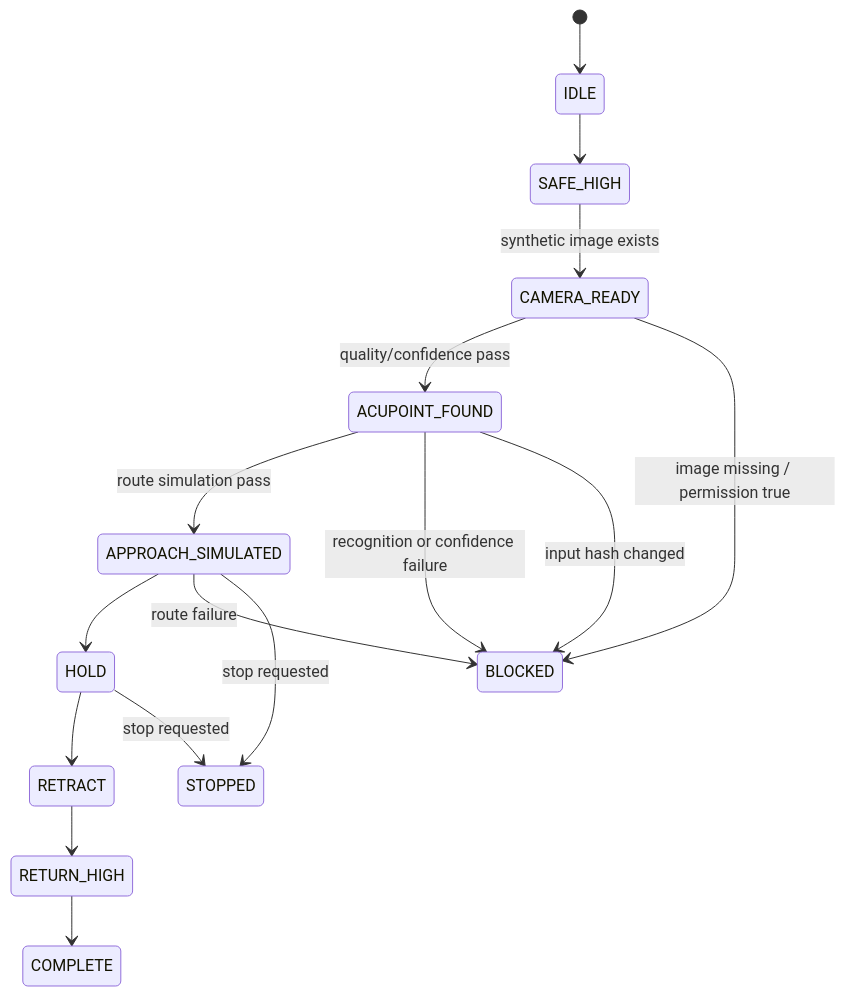
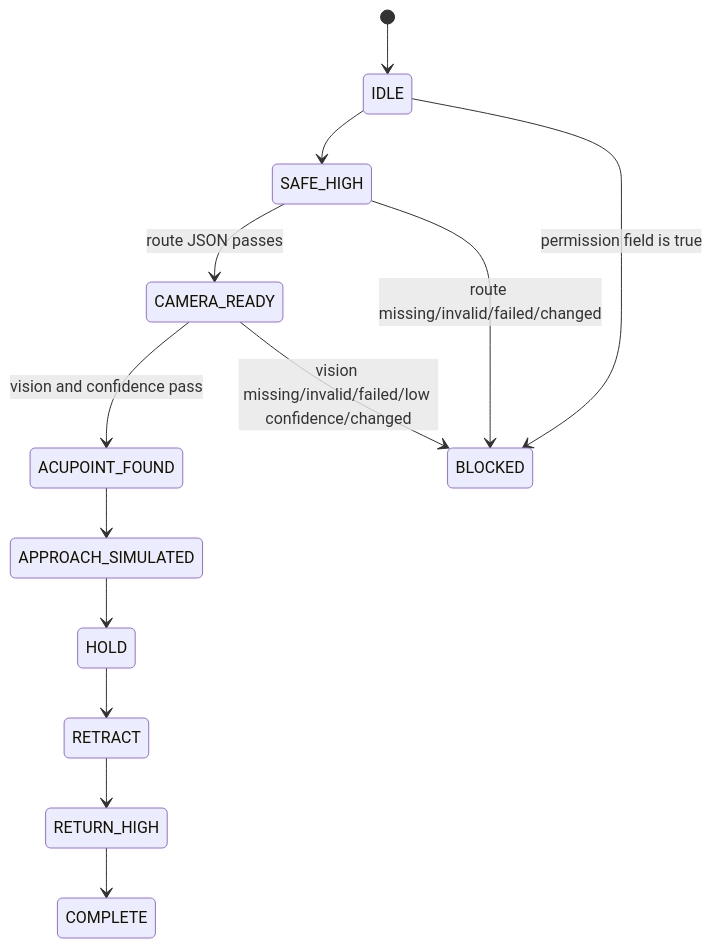
Before and after one commit to 159did/therapy_robot: the diagram in docs/B5-DEMO.md, drawn with Mermaid. The commit also changed other lines of this file and 13 other files, not shown here.

Commit message:
feat: adapt demo to offline route and vision outputs

````diff
--- a/docs/B5-DEMO.md
+++ b/docs/B5-DEMO.md
@@ -20,18 +29,15 @@
 ```mermaid
 stateDiagram-v2
     [*] --> IDLE
     IDLE --> SAFE_HIGH
-    SAFE_HIGH --> CAMERA_READY: synthetic image exists
-    CAMERA_READY --> ACUPOINT_FOUND: quality/confidence pass
-    ACUPOINT_FOUND --> APPROACH_SIMULATED: route simulation pass
+    SAFE_HIGH --> CAMERA_READY: route JSON passes
+    CAMERA_READY --> ACUPOINT_FOUND: vision and confidence pass
+    ACUPOINT_FOUND --> APPROACH_SIMULATED
     APPROACH_SIMULATED --> HOLD
     HOLD --> RETRACT
     RETRACT --> RETURN_HIGH
     RETURN_HIGH --> COMPLETE
-    CAMERA_READY --> BLOCKED: image missing / permission true
-    ACUPOINT_FOUND --> BLOCKED: recognition or confidence failure
-    ACUPOINT_FOUND --> BLOCKED: input hash changed
-    APPROACH_SIMULATED --> BLOCKED: route failure
-    APPROACH_SIMULATED --> STOPPED: stop requested
-    HOLD --> STOPPED: stop requested
+    SAFE_HIGH --> BLOCKED: route missing/invalid/failed/changed
+    CAMERA_READY --> BLOCKED: vision missing/invalid/failed/low confidence/changed
+    IDLE --> BLOCKED: permission field is true
 ```
````
